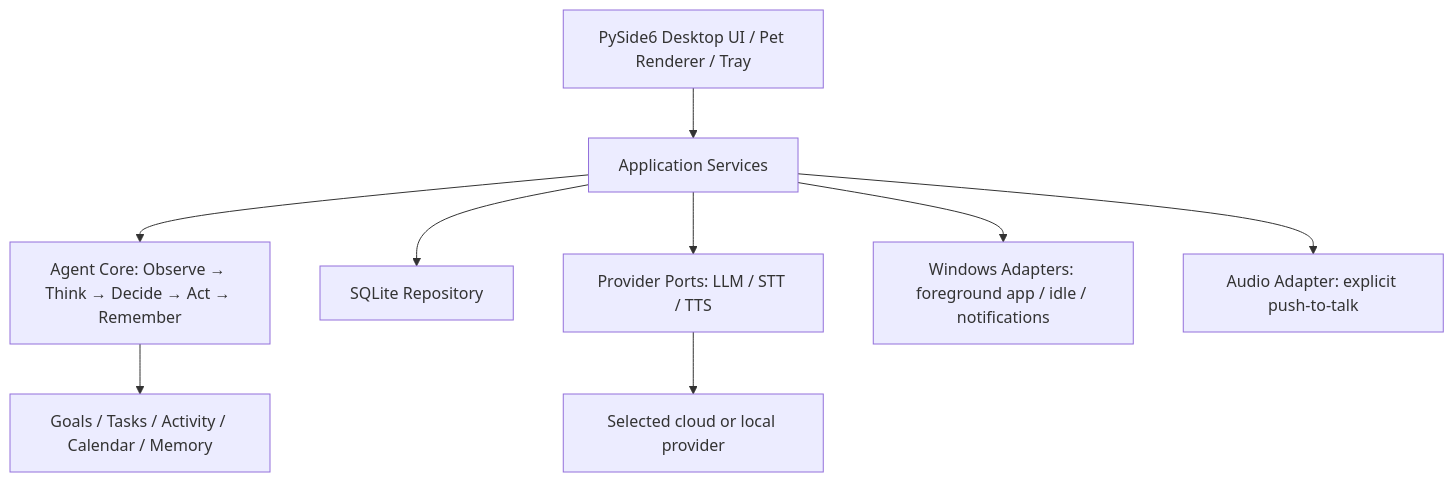
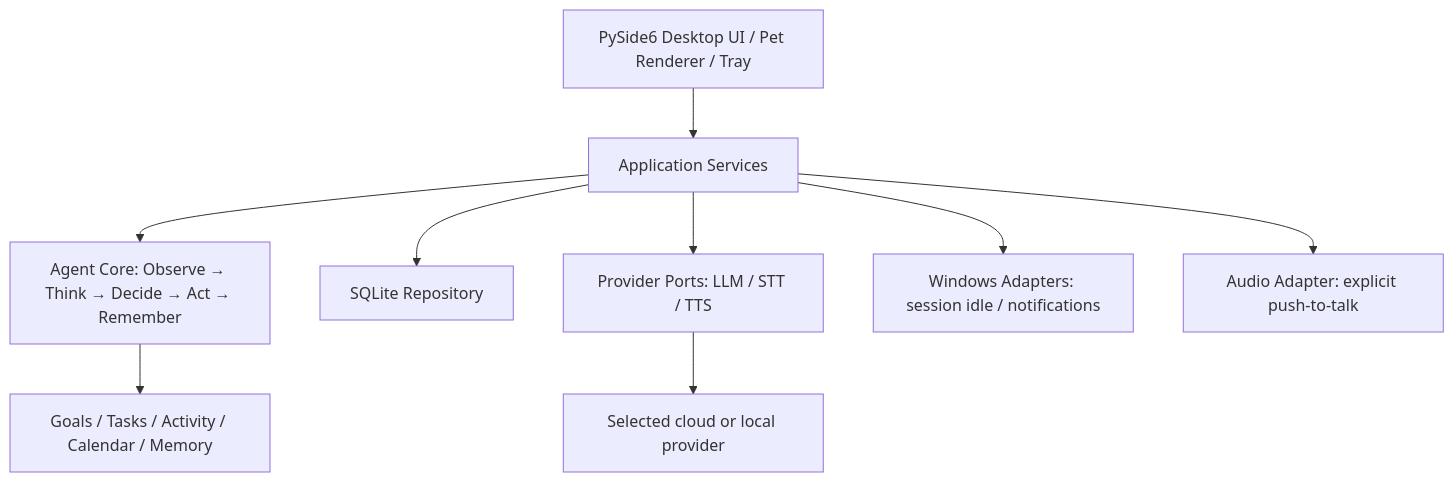
The diagram in outputs/architecture-decision.md (F1ower99/ai-companion), drawn with Mermaid before and after one commit. The commit also changed other lines of this file and 23 other files, not shown here.

````diff
--- a/outputs/architecture-decision.md
+++ b/outputs/architecture-decision.md
@@ -40,11 +40,11 @@
 ```mermaid
 flowchart TD
   UI[PySide6 Desktop UI / Pet Renderer / Tray] --> APP[Application Services]
   APP --> AGENT[Agent Core: Observe → Think → Decide → Act → Remember]
   APP --> STORE[SQLite Repository]
   APP --> PORTS[Provider Ports: LLM / STT / TTS]
   AGENT --> DOMAIN[Goals / Tasks / Activity / Calendar / Memory]
-  APP --> WIN[Windows Adapters: foreground app / idle / notifications]
+  APP --> WIN[Windows Adapters: session idle / notifications]
   APP --> AUDIO[Audio Adapter: explicit push-to-talk]
   PORTS --> REMOTE[Selected cloud or local provider]
 ```
````
